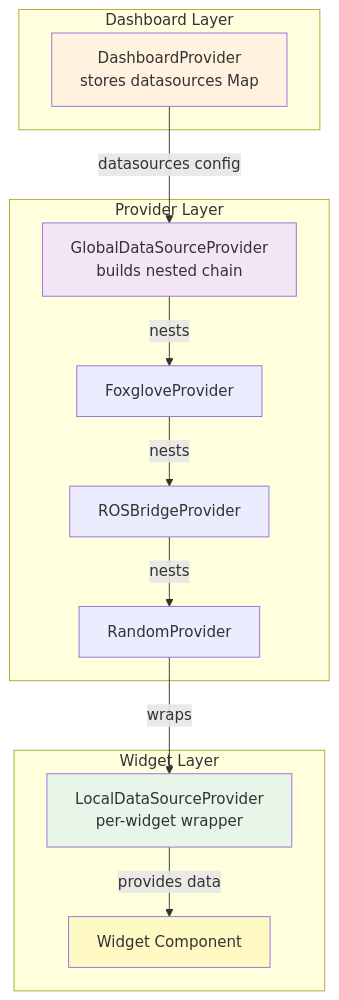
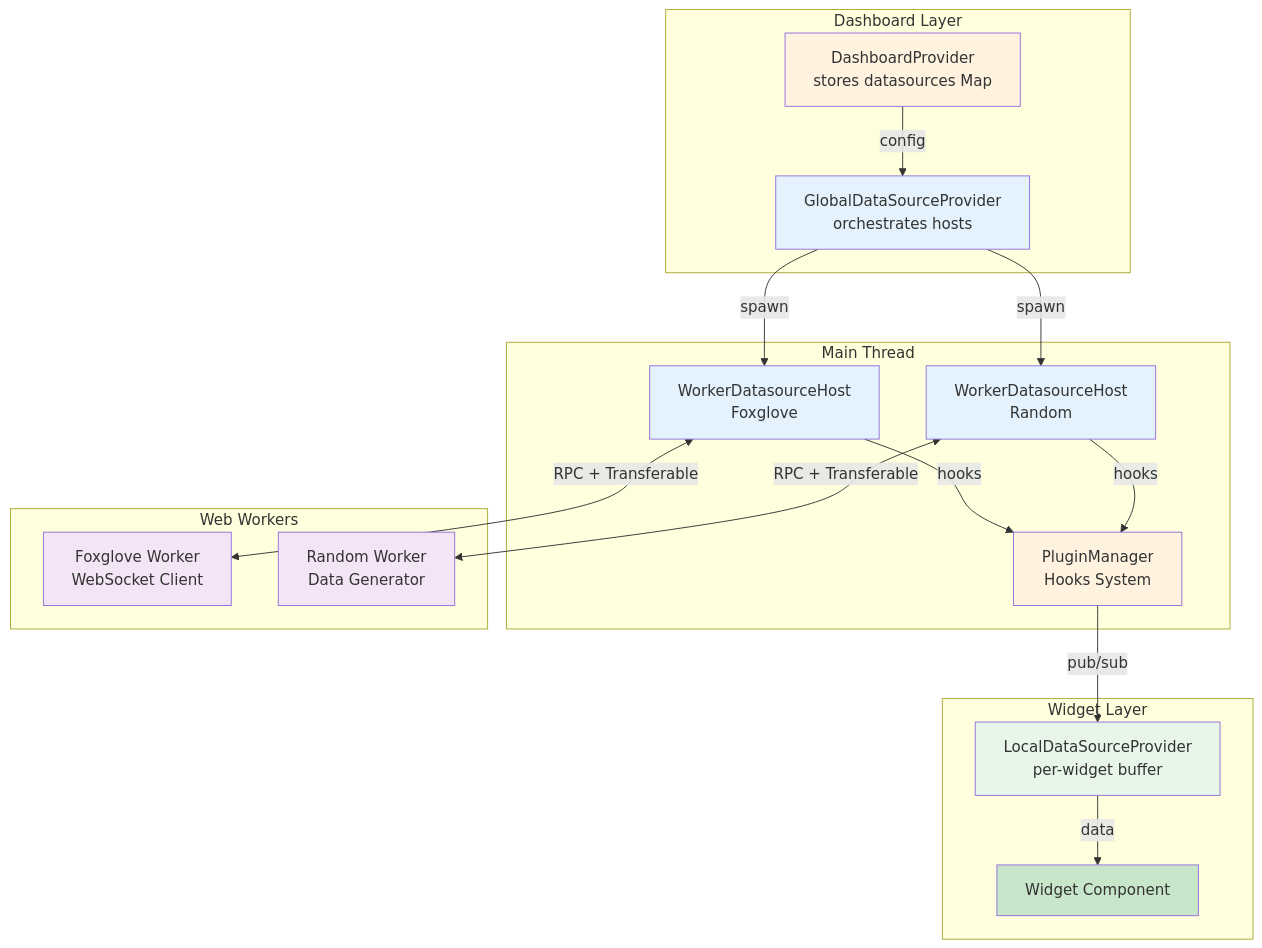
The diagram in apps/web/content/docs/v1/core/datasources.md (RMA-Robotics-Autonomous-Systems/ORMI), drawn with Mermaid before and after one commit. The commit also changed other lines of this file and 4 other files, not shown here.

````diff
--- a/apps/web/content/docs/v1/core/datasources.md
+++ b/apps/web/content/docs/v1/core/datasources.md
@@ -20,30 +14,43 @@
 ```mermaid
 graph TB
     subgraph "Dashboard Layer"
         DM[DashboardProvider<br/>stores datasources Map]
+        GDS[GlobalDataSourceProvider<br/>orchestrates hosts]
     end
 
-    subgraph "Provider Layer"
-        GDS[GlobalDataSourceProvider<br/>builds nested chain]
-        FP[FoxgloveProvider]
-        RP[ROSBridgeProvider]
-        RDP[RandomProvider]
+    subgraph "Main Thread"
+        HOST1[WorkerDatasourceHost<br/>Foxglove]
+        HOST2[WorkerDatasourceHost<br/>Random]
+        PM[PluginManager<br/>Hooks System]
+    end
+
+    subgraph "Web Workers"
+        W1[Foxglove Worker<br/>WebSocket Client]
+        W2[Random Worker<br/>Data Generator]
     end
 
     subgraph "Widget Layer"
-        LDS[LocalDataSourceProvider<br/>per-widget wrapper]
-        W[Widget Component]
+        LDS[LocalDataSourceProvider<br/>per-widget buffer]
+        WID[Widget Component]
     end
 
-    DM -->|datasources config| GDS
-    GDS -->|nests| FP
-    FP -->|nests| RP
-    RP -->|nests| RDP
-    RDP -->|wraps| LDS
-    LDS -->|provides data| W
+    DM -->|config| GDS
+    GDS -->|spawn| HOST1
+    GDS -->|spawn| HOST2
+    HOST1 <-->|"RPC + Transferable"| W1
+    HOST2 <-->|"RPC + Transferable"| W2
+    HOST1 -->|hooks| PM
+    HOST2 -->|hooks| PM
+    PM -->|pub/sub| LDS
+    LDS -->|data| WID
 
     style DM fill:#fff3e0
-    style GDS fill:#f3e5f5
+    style GDS fill:#e3f2fd
+    style HOST1 fill:#e3f2fd
+    style HOST2 fill:#e3f2fd
+    style PM fill:#fff3e0
+    style W1 fill:#f3e5f5
+    style W2 fill:#f3e5f5
     style LDS fill:#e8f5e9
-    style W fill:#fff9c4
+    style WID fill:#c8e6c9
 ```
````
